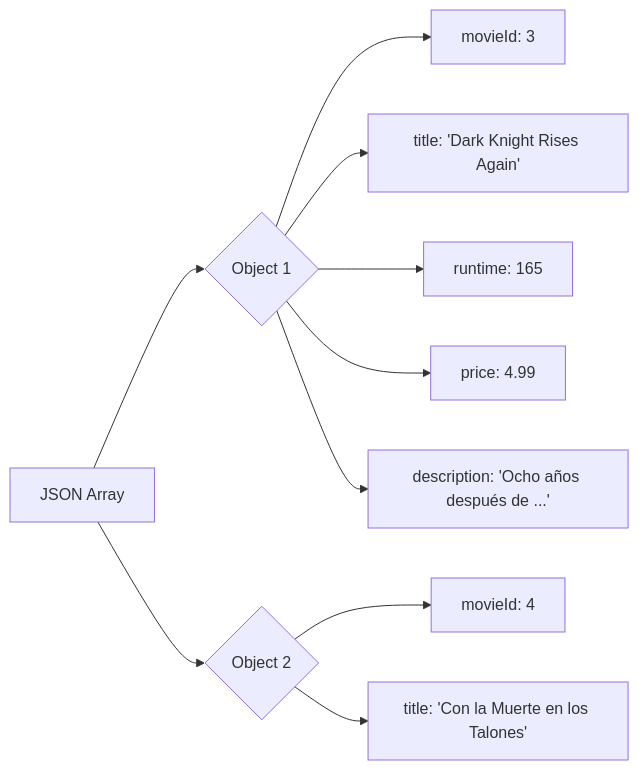
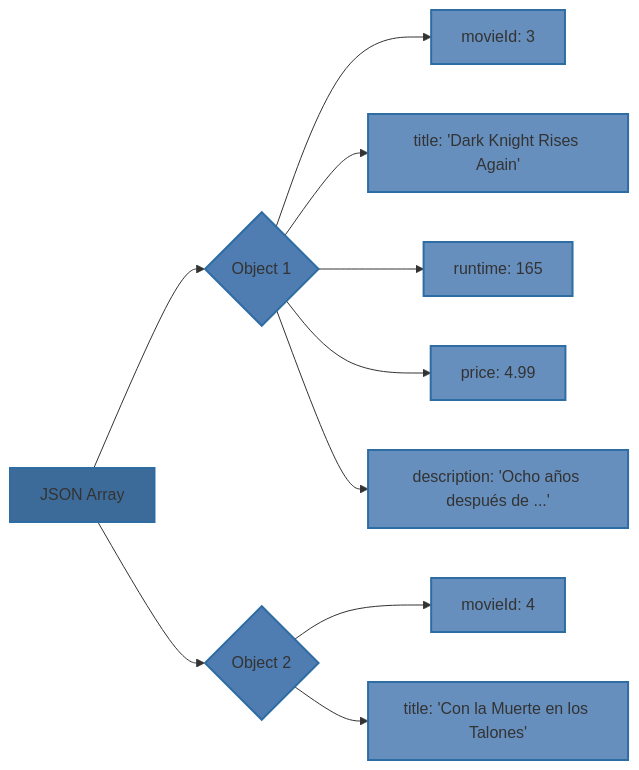
The diagram in Q5/ISD/Tema 5/Parsing de JSON.md (ivanaf03/Apuntes-Obsidian), drawn with Mermaid before and after one commit. The commit also changed other lines of this file, not shown here.

````diff
--- a/Q5/ISD/Tema 5/Parsing de JSON.md
+++ b/Q5/ISD/Tema 5/Parsing de JSON.md
@@ -51,23 +51,33 @@
 ```mermaid
 graph LR
+style A fill:#3d6b99,stroke:#2e6da4,stroke-width:2px
+style B fill:#4f7cb1,stroke:#2e6da4,stroke-width:2px 
+style C fill:#4f7cb1,stroke:#2e6da4,stroke-width:2px 
+style D fill:#668fbe,stroke:#2e6da4,stroke-width:2px 
+style E fill:#668fbe,stroke:#2e6da4,stroke-width:2px 
+style F fill:#668fbe,stroke:#2e6da4,stroke-width:2px 
+style G fill:#668fbe,stroke:#2e6da4,stroke-width:2px 
+style H fill:#668fbe,stroke:#2e6da4,stroke-width:2px
+style I fill:#668fbe,stroke:#2e6da4,stroke-width:2px 
+style J fill:#668fbe,stroke:#2e6da4,stroke-width:2px
   A[JSON Array]
   B{Object 1}
   C{Object 2}
   D["movieId: 3"]
   E["title: 'Dark Knight Rises Again'"]
   F["runtime: 165"]
   G["price: 4.99"]
   H["description: 'Ocho años después de ...'"]
   I["movieId: 4"]
   J["title: 'Con la Muerte en los Talones'"]
 
   A --> B
   A --> C
   B --> D
   B --> E
   B --> F
   B --> G
   B --> H
   C --> I
   C --> J
 ```
````
